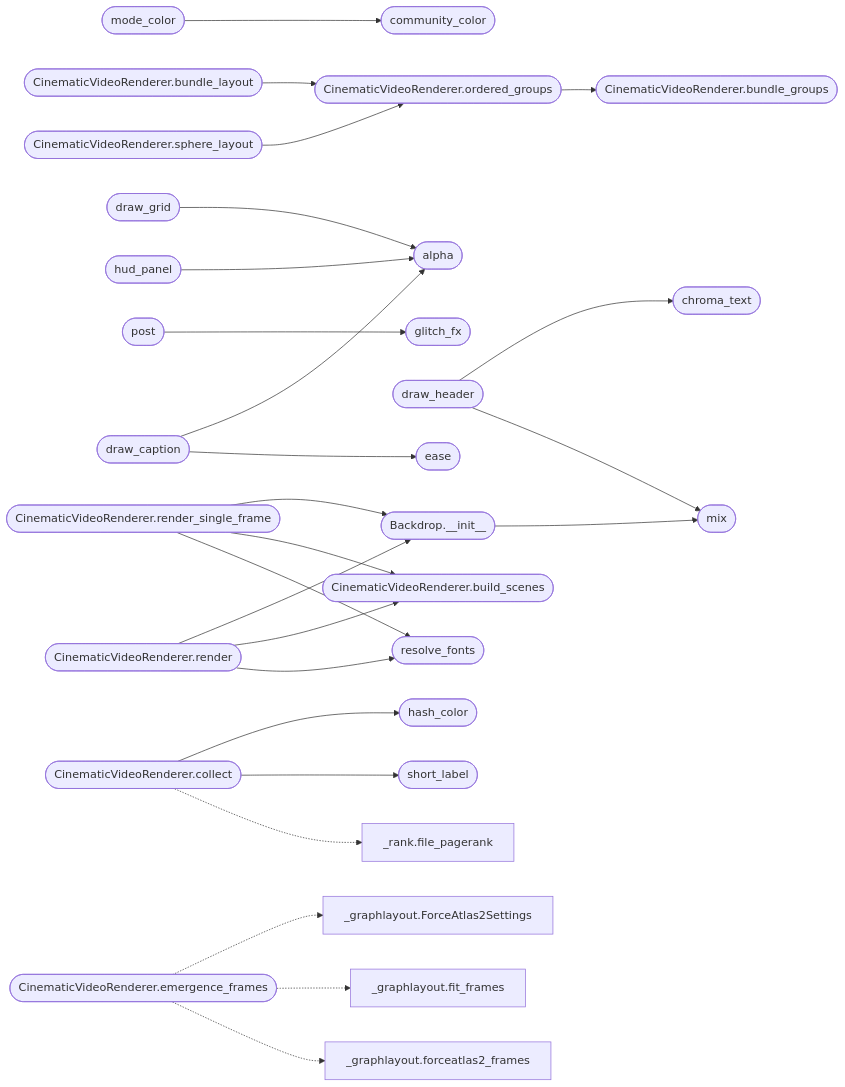
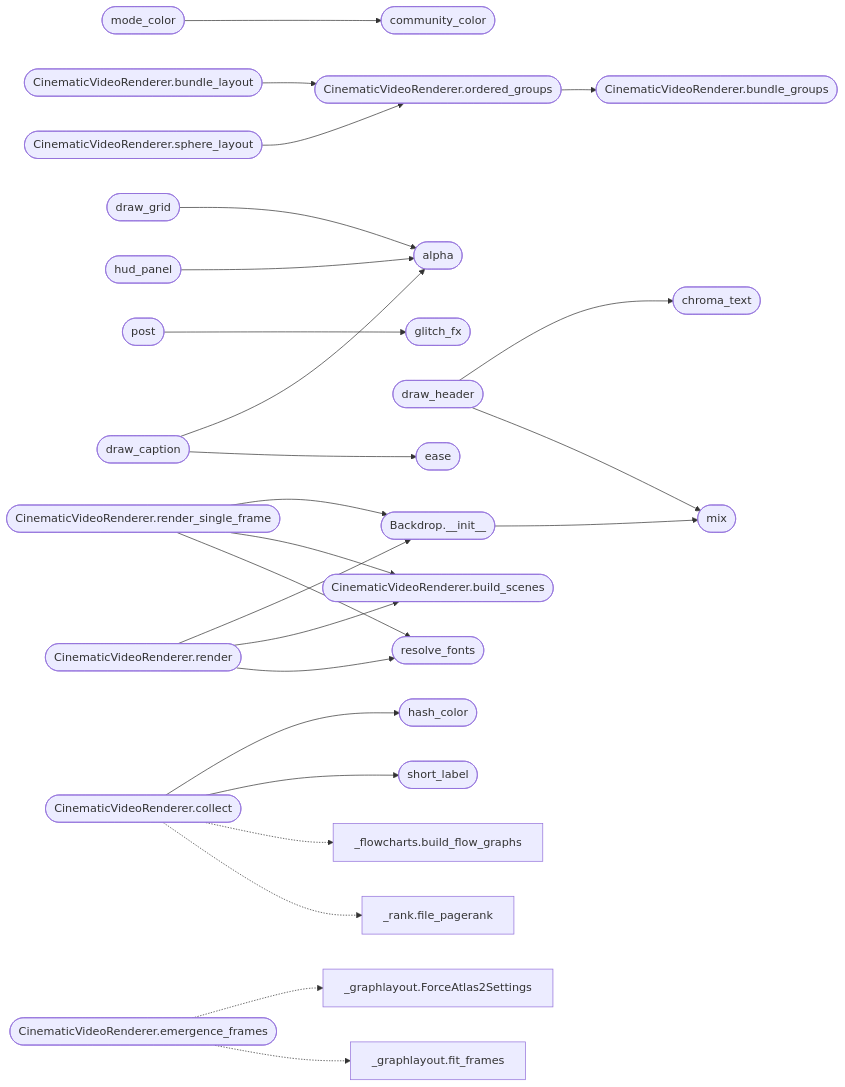
The second of 2 diagrams in readmenator-apidocs/modules/readmenator._video.py.md (grisuno/ReadMenator), drawn with Mermaid before and after one commit. The commit also changed other lines of this file and 224 other files, not shown here.

Commit message:
new diagrams :D

````diff
--- a/readmenator-apidocs/modules/readmenator._video.py.md
+++ b/readmenator-apidocs/modules/readmenator._video.py.md
@@ -52,56 +53,56 @@
 ```mermaid
 flowchart LR
     n_readmenator__video_py__mode_color(["mode_color"])
     n_readmenator__video_py__community_color(["community_color"])
     n_readmenator__video_py__Backdrop___init__(["Backdrop.__init__"])
     n_readmenator__video_py__mix(["mix"])
     n_readmenator__video_py__draw_grid(["draw_grid"])
     n_readmenator__video_py__alpha(["alpha"])
     n_readmenator__video_py__post(["post"])
     n_readmenator__video_py__glitch_fx(["glitch_fx"])
     n_readmenator__video_py__hud_panel(["hud_panel"])
     n_readmenator__video_py__draw_header(["draw_header"])
     n_readmenator__video_py__chroma_text(["chroma_text"])
     n_readmenator__video_py__draw_caption(["draw_caption"])
     n_readmenator__video_py__ease(["ease"])
     n_readmenator__video_py__CinematicVideoRenderer_collect(["CinematicVideoRenderer.collect"])
     n_readmenator__video_py__hash_color(["hash_color"])
     n_readmenator__video_py__short_label(["short_label"])
     n_readmenator__video_py__CinematicVideoRenderer_ordered_groups(["CinematicVideoRenderer.ordered_groups"])
     n_readmenator__video_py__CinematicVideoRenderer_bundle_groups(["CinematicVideoRenderer.bundle_groups"])
     n_readmenator__video_py__CinematicVideoRenderer_bundle_layout(["CinematicVideoRenderer.bundle_layout"])
     n_readmenator__video_py__CinematicVideoRenderer_sphere_layout(["CinematicVideoRenderer.sphere_layout"])
     n_readmenator__video_py__CinematicVideoRenderer_render_single_frame(["CinematicVideoRenderer.render_single_frame"])
     n_readmenator__video_py__CinematicVideoRenderer_build_scenes(["CinematicVideoRenderer.build_scenes"])
     n_readmenator__video_py__resolve_fonts(["resolve_fonts"])
     n_readmenator__video_py__CinematicVideoRenderer_render(["CinematicVideoRenderer.render"])
+    n_readmenator__flowcharts_py__build_flow_graphs["_flowcharts.build_flow_graphs"]
     n_readmenator__rank_py__file_pagerank["_rank.file_pagerank"]
     n_readmenator__video_py__CinematicVideoRenderer_emergence_frames(["CinematicVideoRenderer.emergence_frames"])
     n_readmenator__graphlayout_py__ForceAtlas2Settings["_graphlayout.ForceAtlas2Settings"]
     n_readmenator__graphlayout_py__fit_frames["_graphlayout.fit_frames"]
-    n_readmenator__graphlayout_py__forceatlas2_frames["_graphlayout.forceatlas2_frames"]
     n_readmenator__video_py__mode_color --> n_readmenator__video_py__community_color
     n_readmenator__video_py__Backdrop___init__ --> n_readmenator__video_py__mix
     n_readmenator__video_py__draw_grid --> n_readmenator__video_py__alpha
     n_readmenator__video_py__post --> n_readmenator__video_py__glitch_fx
     n_readmenator__video_py__hud_panel --> n_readmenator__video_py__alpha
     n_readmenator__video_py__draw_header --> n_readmenator__video_py__chroma_text
     n_readmenator__video_py__draw_header --> n_readmenator__video_py__mix
     n_readmenator__video_py__draw_caption --> n_readmenator__video_py__alpha
     n_readmenator__video_py__draw_caption --> n_readmenator__video_py__ease
     n_readmenator__video_py__CinematicVideoRenderer_collect --> n_readmenator__video_py__hash_color
     n_readmenator__video_py__CinematicVideoRenderer_collect --> n_readmenator__video_py__short_label
     n_readmenator__video_py__CinematicVideoRenderer_ordered_groups --> n_readmenator__video_py__CinematicVideoRenderer_bundle_groups
     n_readmenator__video_py__CinematicVideoRenderer_bundle_layout --> n_readmenator__video_py__CinematicVideoRenderer_ordered_groups
     n_readmenator__video_py__CinematicVideoRenderer_sphere_layout --> n_readmenator__video_py__CinematicVideoRenderer_ordered_groups
     n_readmenator__video_py__CinematicVideoRenderer_render_single_frame --> n_readmenator__video_py__Backdrop___init__
     n_readmenator__video_py__CinematicVideoRenderer_render_single_frame --> n_readmenator__video_py__CinematicVideoRenderer_build_scenes
     n_readmenator__video_py__CinematicVideoRenderer_render_single_frame --> n_readmenator__video_py__resolve_fonts
     n_readmenator__video_py__CinematicVideoRenderer_render --> n_readmenator__video_py__Backdrop___init__
     n_readmenator__video_py__CinematicVideoRenderer_render --> n_readmenator__video_py__CinematicVideoRenderer_build_scenes
     n_readmenator__video_py__CinematicVideoRenderer_render --> n_readmenator__video_py__resolve_fonts
+    n_readmenator__video_py__CinematicVideoRenderer_collect -.-> n_readmenator__flowcharts_py__build_flow_graphs
     n_readmenator__video_py__CinematicVideoRenderer_collect -.-> n_readmenator__rank_py__file_pagerank
     n_readmenator__video_py__CinematicVideoRenderer_emergence_frames -.-> n_readmenator__graphlayout_py__ForceAtlas2Settings
     n_readmenator__video_py__CinematicVideoRenderer_emergence_frames -.-> n_readmenator__graphlayout_py__fit_frames
-    n_readmenator__video_py__CinematicVideoRenderer_emergence_frames -.-> n_readmenator__graphlayout_py__forceatlas2_frames
 ```
````
